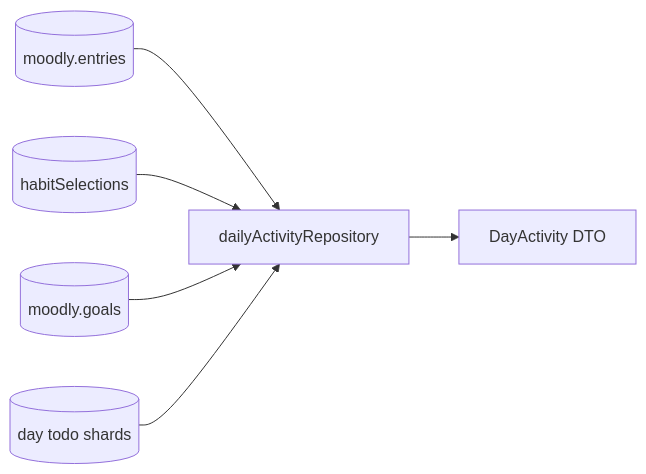
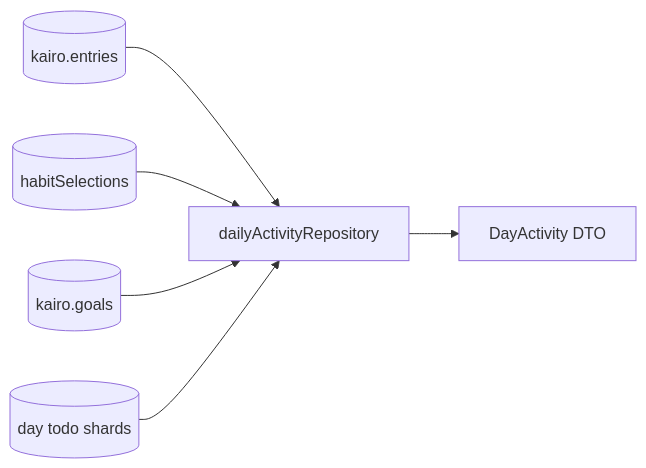
The third of 4 diagrams in docs/CODEBASE_MAP.md (maxiguillermo1/moodly), drawn with Mermaid before and after one commit. The commit also changed other lines of this file and 169 other files, not shown here.

First line of the commit message:
Rename Moodly to Kairo.

````diff
--- a/docs/CODEBASE_MAP.md
+++ b/docs/CODEBASE_MAP.md
@@ -159,13 +159,13 @@
 ```mermaid
 flowchart LR
-  E[(moodly.entries)]
+  E[(kairo.entries)]
   HS[(habitSelections)]
-  G[(moodly.goals)]
+  G[(kairo.goals)]
   TD[(day todo shards)]
   DAR[dailyActivityRepository]
   E --> DAR
   HS --> DAR
   G --> DAR
   TD --> DAR
   DAR --> DTO[DayActivity DTO]
 ```
````
